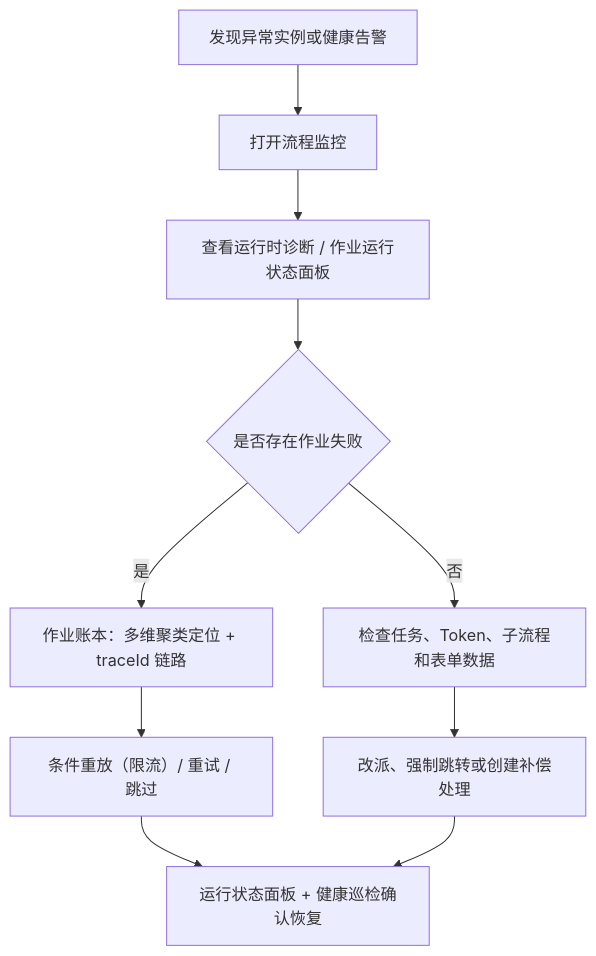
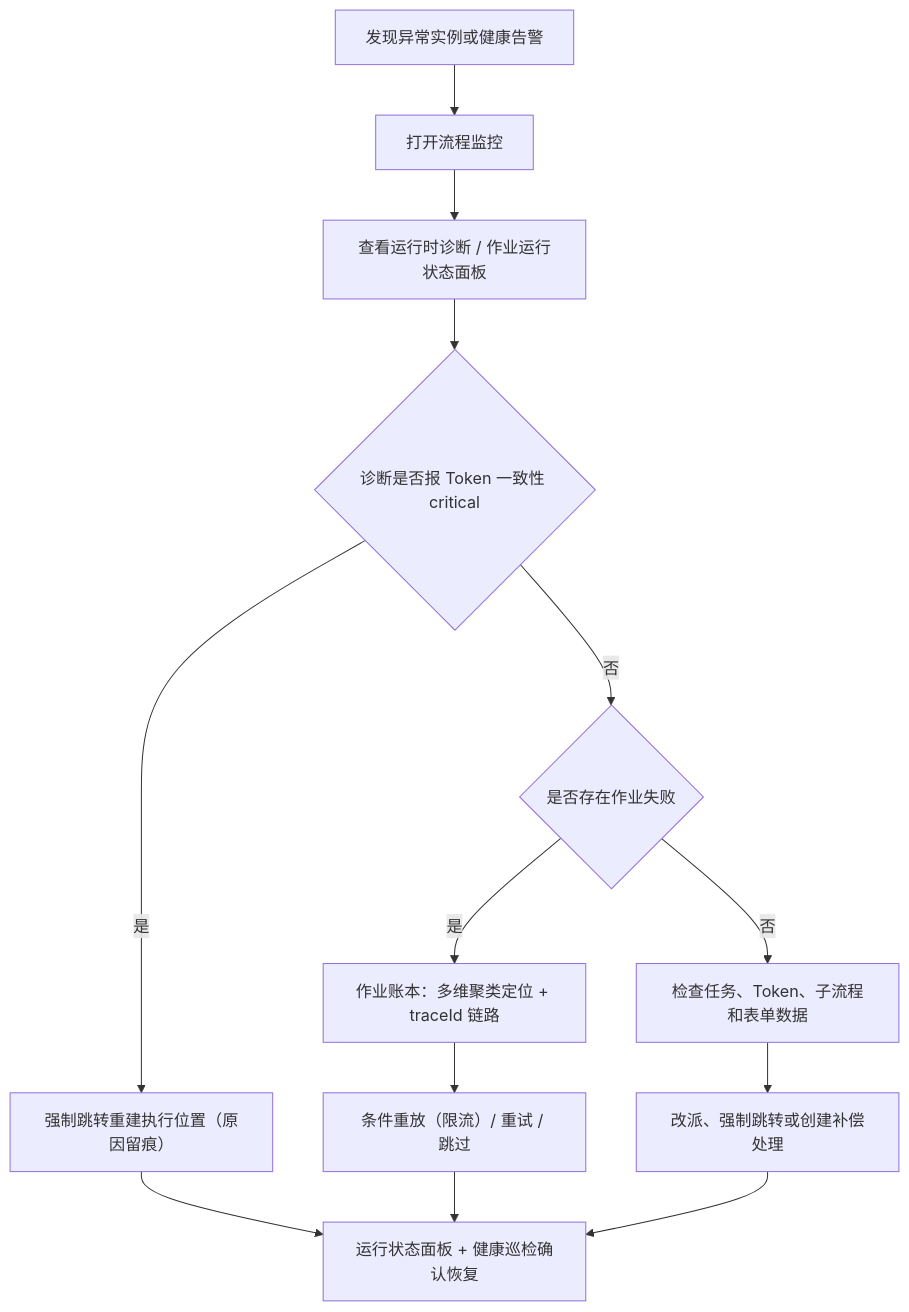
The diagram in docs/workflow/monitoring-operations.md (WuZhangTing/zenith-admin), drawn with Mermaid before and after one commit. The commit also changed other lines of this file and 7 other files, not shown here.

````diff
--- a/docs/workflow/monitoring-operations.md
+++ b/docs/workflow/monitoring-operations.md
@@ -177,12 +203,15 @@
 ```mermaid
 flowchart TD
   A["发现异常实例或健康告警"] --> B["打开流程监控"]
   B --> C["查看运行时诊断 / 作业运行状态面板"]
-  C --> D{"是否存在作业失败"}
-  D -- "是" --> E["作业账本：多维聚类定位 + traceId 链路"]
-  E --> F["条件重放（限流）/ 重试 / 跳过"]
-  D -- "否" --> G["检查任务、Token、子流程和表单数据"]
-  G --> H["改派、强制跳转或创建补偿处理"]
-  F --> I["运行状态面板 + 健康巡检确认恢复"]
-  H --> I
+  C --> D{"诊断是否报 Token 一致性 critical"}
+  D -- "是" --> J["强制跳转重建执行位置（原因留痕）"]
+  D -- "否" --> E{"是否存在作业失败"}
+  E -- "是" --> F["作业账本：多维聚类定位 + traceId 链路"]
+  F --> G["条件重放（限流）/ 重试 / 跳过"]
+  E -- "否" --> H["检查任务、Token、子流程和表单数据"]
+  H --> I["改派、强制跳转或创建补偿处理"]
+  J --> K["运行状态面板 + 健康巡检确认恢复"]
+  G --> K
+  I --> K
 ```
````
